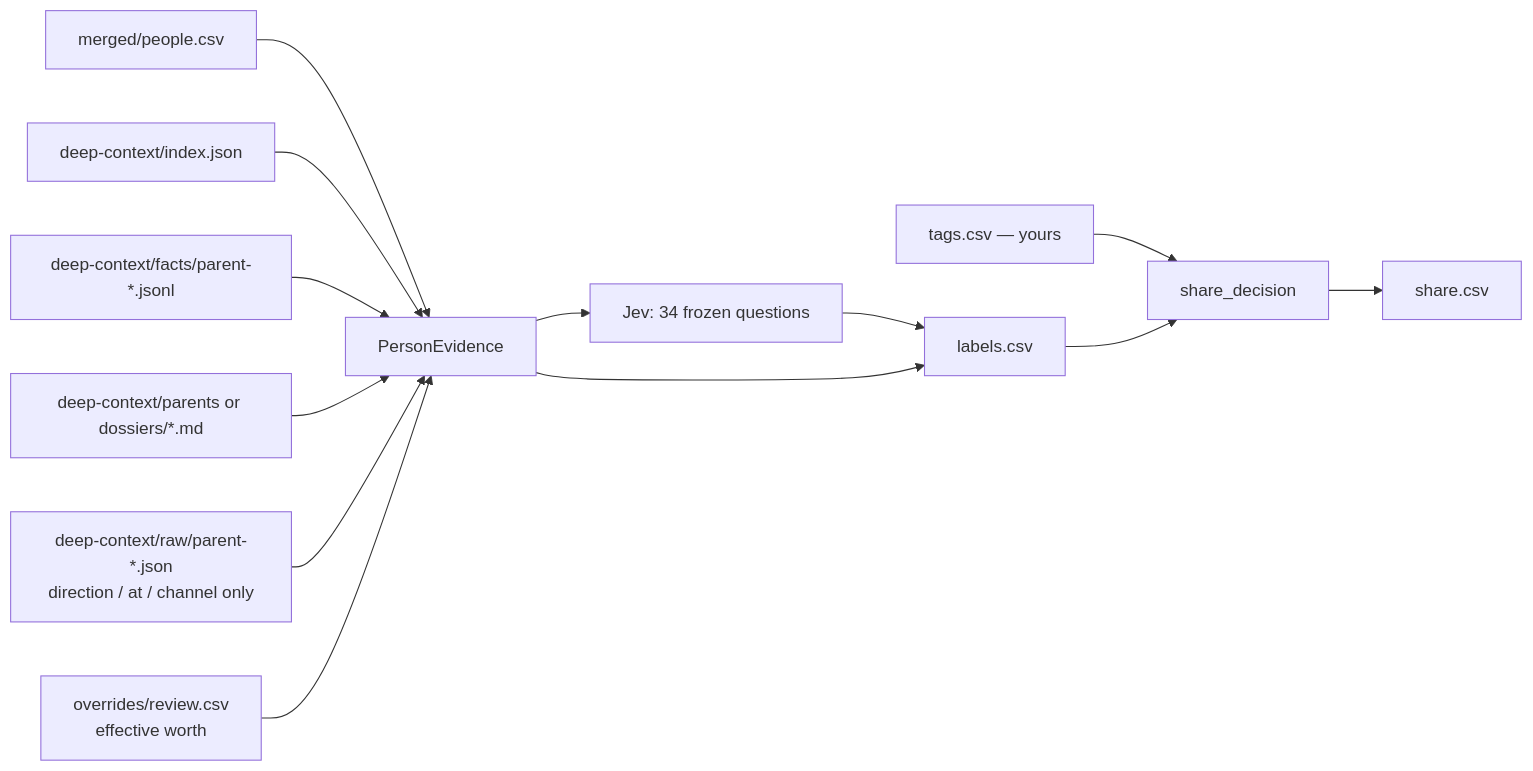
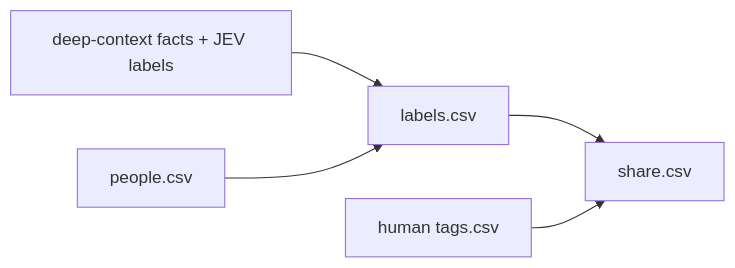
One commit to powerset-co/powerpacks changed the diagram in packs/ingestion/primitives/share/README.md. Above: the diagram before and after it, drawn with Mermaid. The commit also changed other lines of this file and 27 other files, not shown here.

Commit message:
feat: move worth judgment to JEV and show contact labels

````diff
--- a/packs/ingestion/primitives/share/README.md
+++ b/packs/ingestion/primitives/share/README.md
@@ -14,15 +6,7 @@
 ```mermaid
 flowchart LR
-    P[merged/people.csv] --> E[PersonEvidence]
-    I[deep-context/index.json] --> E
-    F[deep-context/facts/parent-*.jsonl] --> E
-    D[deep-context/parents or dossiers/*.md] --> E
-    R[deep-context/raw/parent-*.json<br/>direction / at / channel only] --> E
-    W[overrides/review.csv<br/>effective worth] --> E
-    E --> J[Jev: 34 frozen questions]
-    J --> L[labels.csv]
-    E --> L
-    T[tags.csv — yours] --> S[share_decision]
-    L --> S
-    S --> C[share.csv]
+  F[deep-context facts + JEV labels] --> L[labels.csv]
+  P[people.csv] --> L
+  L --> S[share.csv]
+  T[human tags.csv] --> S
 ```
````
